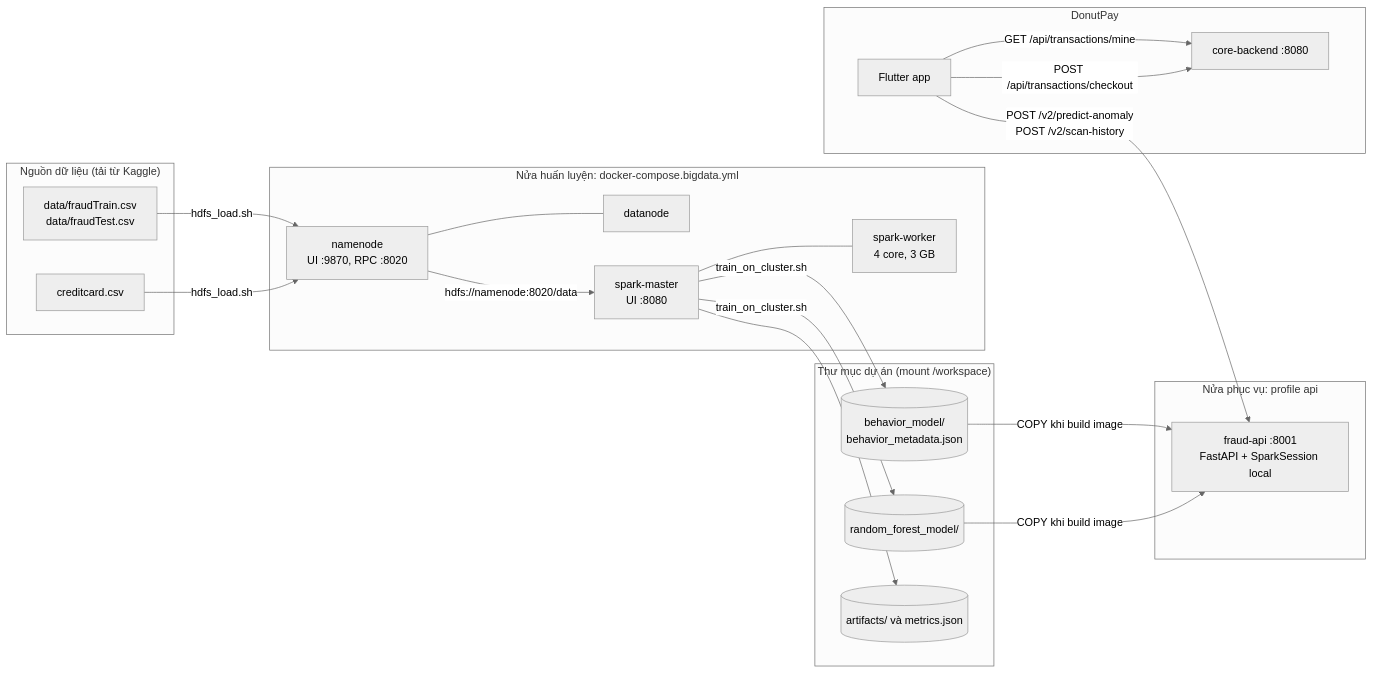
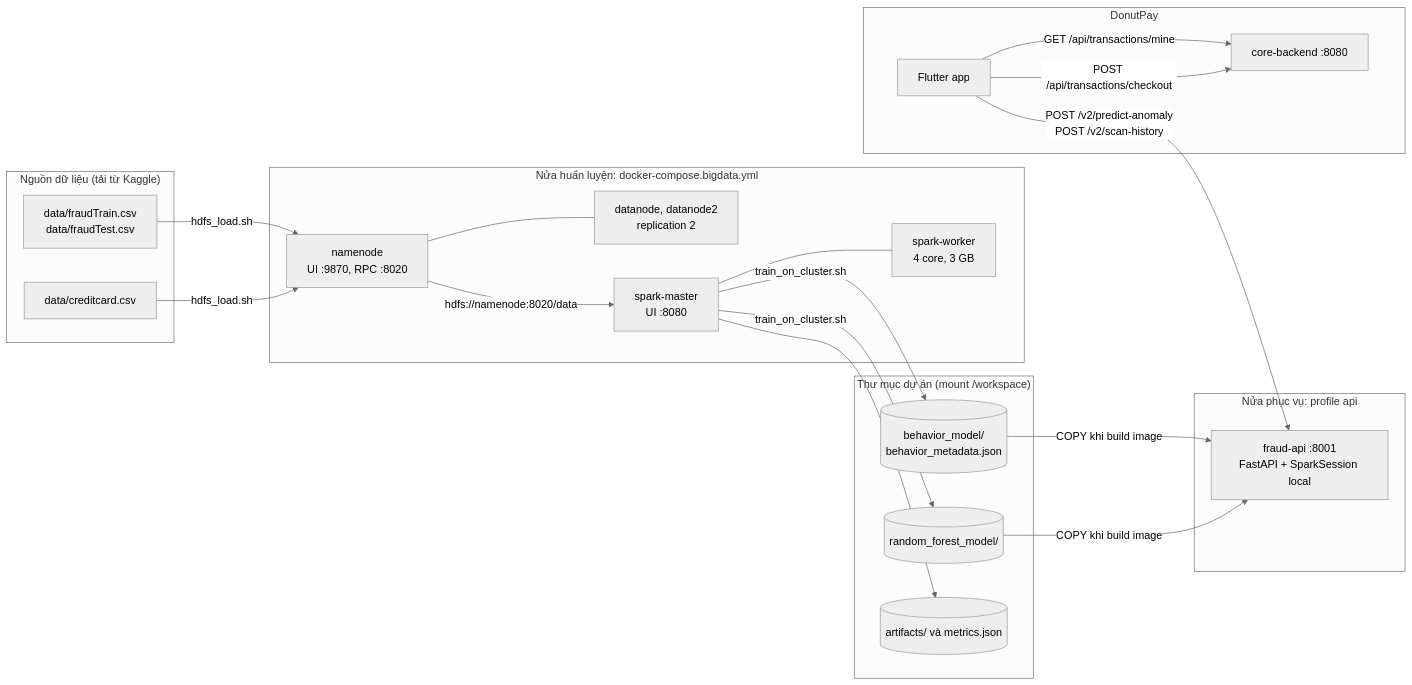
The diagram in BigData/docs/01_KIEN_TRUC.md (TriPhan15/spark-financial-anomaly-detection), drawn with Mermaid (neutral theme) before and after one commit. The commit also changed other lines of this file and 13 other files, not shown here.

````diff
--- a/BigData/docs/01_KIEN_TRUC.md
+++ b/BigData/docs/01_KIEN_TRUC.md
@@ -20,38 +20,38 @@
 ```mermaid
 flowchart LR
     subgraph SRC["Nguồn dữ liệu (tải từ Kaggle)"]
         S1["data/fraudTrain.csv<br/>data/fraudTest.csv"]
-        S2["creditcard.csv"]
+        S2["data/creditcard.csv"]
     end
     subgraph OFF["Nửa huấn luyện: docker-compose.bigdata.yml"]
         NN["namenode<br/>UI :9870, RPC :8020"]
-        DN["datanode"]
+        DN["datanode, datanode2<br/>replication 2"]
         SM["spark-master<br/>UI :8080"]
         SW["spark-worker<br/>4 core, 3 GB"]
     end
     subgraph DISK["Thư mục dự án (mount /workspace)"]
         MB[("behavior_model/<br/>behavior_metadata.json")]
         MA[("random_forest_model/")]
         AR[("artifacts/ và metrics.json")]
     end
     subgraph ON["Nửa phục vụ: profile api"]
         API["fraud-api :8001<br/>FastAPI + SparkSession local"]
     end
     subgraph APPS["DonutPay"]
         APP["Flutter app"]
         CB["core-backend :8080"]
     end
     S1 -->|"hdfs_load.sh"| NN
     S2 -->|"hdfs_load.sh"| NN
     NN --- DN
     NN -->|"hdfs://namenode:8020/data"| SM
     SM --- SW
     SM -->|"train_on_cluster.sh"| MB
     SM -->|"train_on_cluster.sh"| MA
     SM --> AR
     MB -->|"COPY khi build image"| API
     MA -->|"COPY khi build image"| API
     APP -->|"GET /api/transactions/mine"| CB
     APP -->|"POST /v2/predict-anomaly<br/>POST /v2/scan-history"| API
     APP -->|"POST /api/transactions/checkout"| CB
 ```
````
